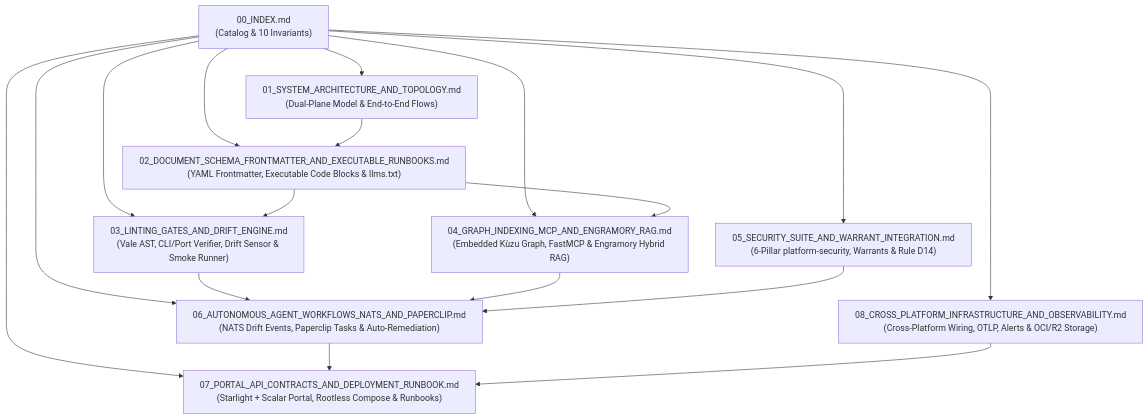
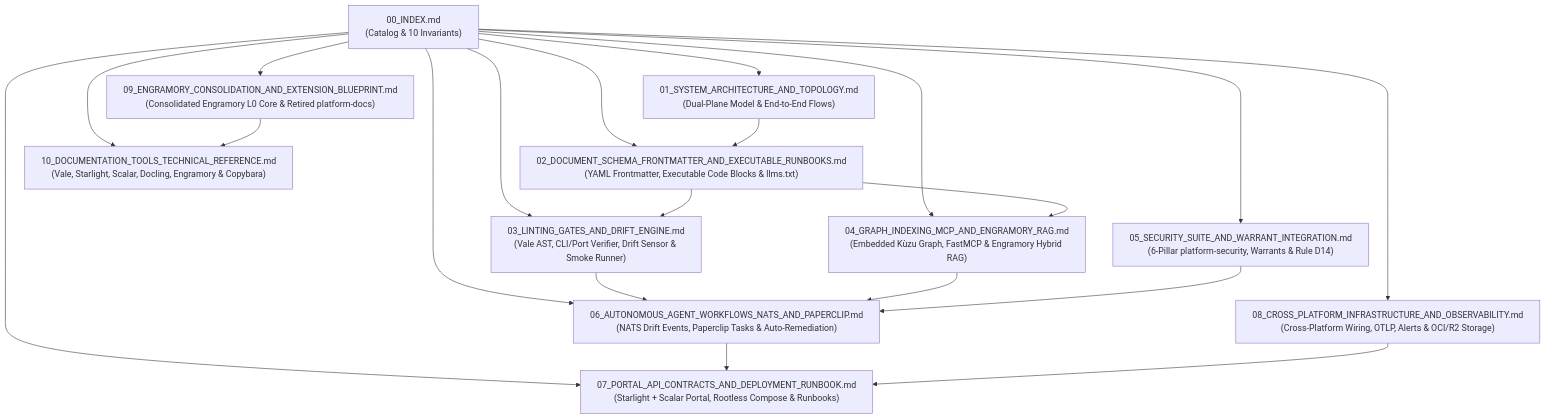
Before and after one commit to vladm3105/aidoc-flow-engramory: the diagram in docs/doc-tools/00_INDEX.md, drawn with Mermaid. The commit also changed other lines of this file and 156 other files, not shown here.

````diff
--- a/docs/doc-tools/00_INDEX.md
+++ b/docs/doc-tools/00_INDEX.md
@@ -50,20 +50,23 @@
 ```mermaid
 flowchart TD
     IDX["00_INDEX.md<br/>(Catalog & 10 Invariants)"] --> ARCH["01_SYSTEM_ARCHITECTURE_AND_TOPOLOGY.md<br/>(Dual-Plane Model & End-to-End Flows)"]
     IDX --> SCHEMA["02_DOCUMENT_SCHEMA_FRONTMATTER_AND_EXECUTABLE_RUNBOOKS.md<br/>(YAML Frontmatter, Executable Code Blocks & llms.txt)"]
     IDX --> LINT["03_LINTING_GATES_AND_DRIFT_ENGINE.md<br/>(Vale AST, CLI/Port Verifier, Drift Sensor & Smoke Runner)"]
     IDX --> GRAPH["04_GRAPH_INDEXING_MCP_AND_ENGRAMORY_RAG.md<br/>(Embedded Kùzu Graph, FastMCP & Engramory Hybrid RAG)"]
     IDX --> SEC["05_SECURITY_SUITE_AND_WARRANT_INTEGRATION.md<br/>(6-Pillar platform-security, Warrants & Rule D14)"]
     IDX --> WF["06_AUTONOMOUS_AGENT_WORKFLOWS_NATS_AND_PAPERCLIP.md<br/>(NATS Drift Events, Paperclip Tasks & Auto-Remediation)"]
     IDX --> PORTAL["07_PORTAL_API_CONTRACTS_AND_DEPLOYMENT_RUNBOOK.md<br/>(Starlight + Scalar Portal, Rootless Compose & Runbooks)"]
     IDX --> INFRA["08_CROSS_PLATFORM_INFRASTRUCTURE_AND_OBSERVABILITY.md<br/>(Cross-Platform Wiring, OTLP, Alerts & OCI/R2 Storage)"]
+    IDX --> BLUEPRINT["09_ENGRAMORY_CONSOLIDATION_AND_EXTENSION_BLUEPRINT.md<br/>(Consolidated Engramory L0 Core & Retired platform-docs)"]
+    IDX --> TECHREF["10_DOCUMENTATION_TOOLS_TECHNICAL_REFERENCE.md<br/>(Vale, Starlight, Scalar, Docling, Engramory & Copybara)"]
 
     ARCH --> SCHEMA
     SCHEMA --> LINT
     SCHEMA --> GRAPH
     LINT --> WF
     GRAPH --> WF
     SEC --> WF
     WF --> PORTAL
     INFRA --> PORTAL
+    BLUEPRINT --> TECHREF
 ```
````
